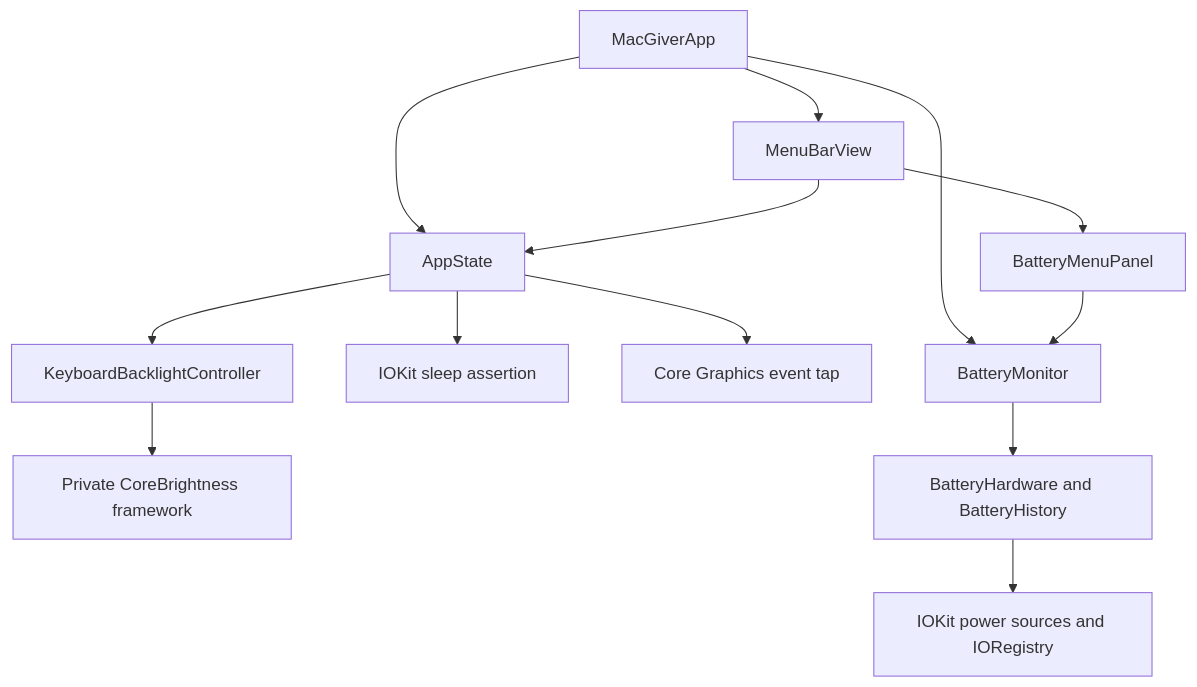
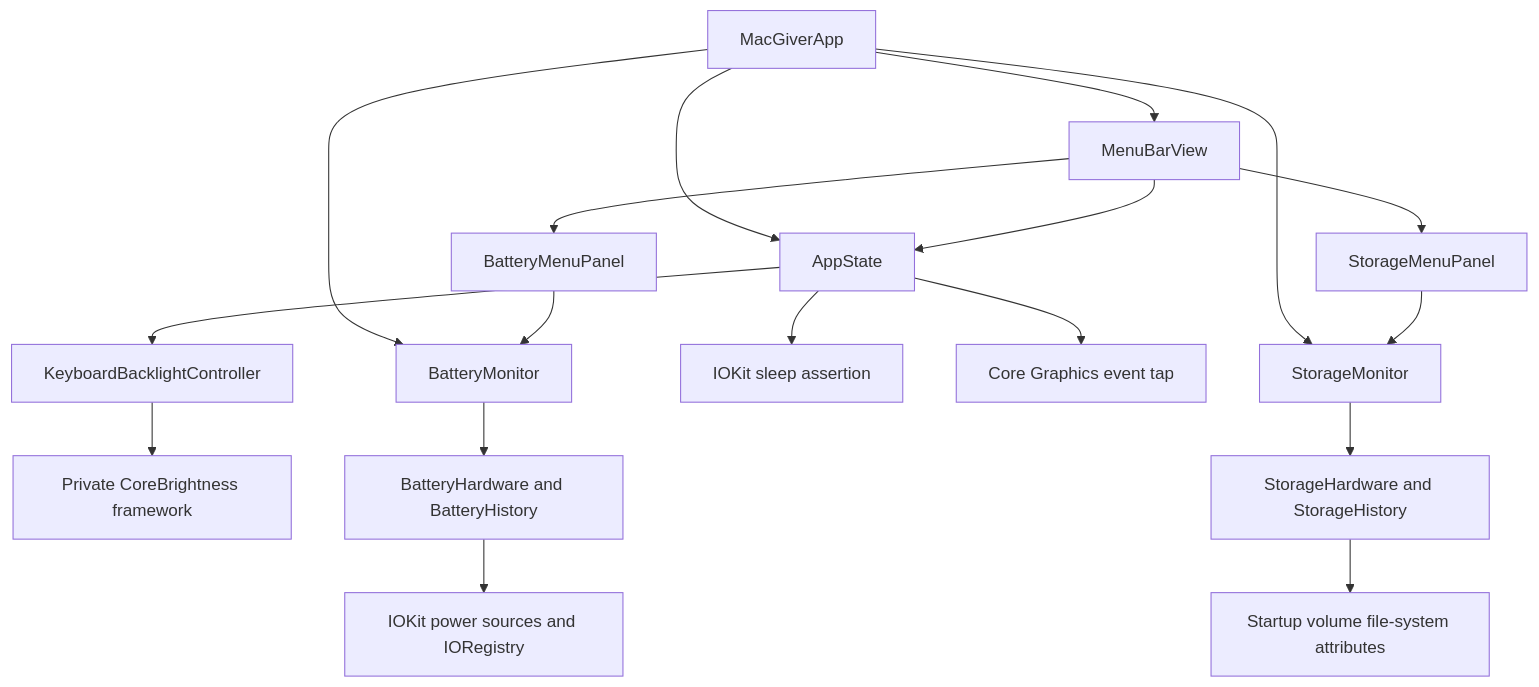
One commit to gabrielmpinha/macgiver changed the diagram in docs/architecture.md. Above: the diagram before and after it, drawn with Mermaid. The commit also changed other lines of this file and 14 other files, not shown here.

First line of the commit message:
feat(storage): add startup disk usage monitoring

````diff
--- a/docs/architecture.md
+++ b/docs/architecture.md
@@ -9,15 +9,20 @@
 ```mermaid
 flowchart TD
     App[MacGiverApp] --> UI[MenuBarView]
     App --> State[AppState]
     App --> Monitor[BatteryMonitor]
+    App --> StorageMonitor[StorageMonitor]
     UI --> State
     UI --> Panel[BatteryMenuPanel]
+    UI --> StoragePanel[StorageMenuPanel]
     Panel --> Monitor
+    StoragePanel --> StorageMonitor
     State --> Sleep[IOKit sleep assertion]
     State --> Lock[Core Graphics event tap]
     State --> Light[KeyboardBacklightController]
     Light --> CB[Private CoreBrightness framework]
     Monitor --> Mac[BatteryHardware and BatteryHistory]
+    StorageMonitor --> Storage[StorageHardware and StorageHistory]
     Mac --> IOKit[IOKit power sources and IORegistry]
+    Storage --> FileSystem[Startup volume file-system attributes]
 ```
````
